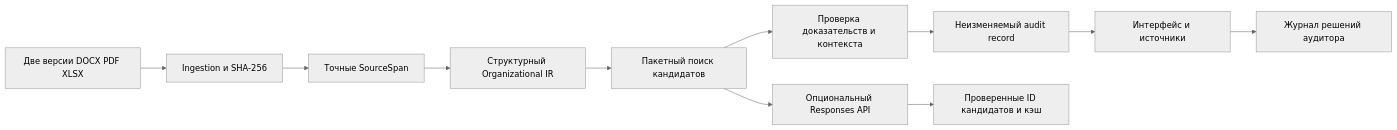
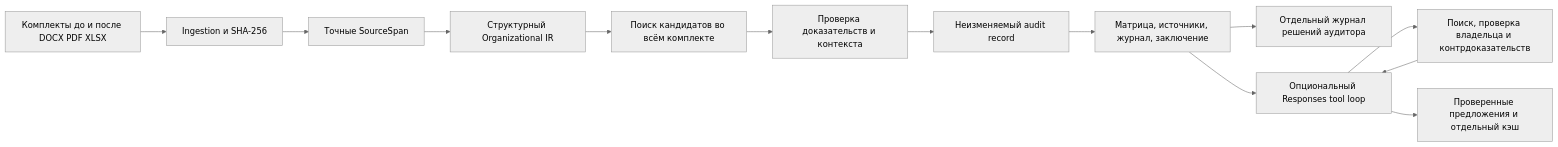
Before and after one commit to BAITC-Hacks/hack-001016ea-intent: the diagram in docs/architecture.md, drawn with Mermaid (neutral theme). The commit also changed other lines of this file and 32 other files, not shown here.

````diff
--- a/docs/architecture.md
+++ b/docs/architecture.md
@@ -7,13 +7,15 @@
 ```mermaid
 flowchart LR
-  U[Две версии DOCX PDF XLSX] --> I[Ingestion и SHA-256]
+  U[Комплекты до и после DOCX PDF XLSX] --> I[Ingestion и SHA-256]
   I --> S[Точные SourceSpan]
   S --> IR[Структурный Organizational IR]
-  IR --> C[Пакетный поиск кандидатов]
+  IR --> C[Поиск кандидатов во всём комплекте]
   C --> V[Проверка доказательств и контекста]
   V --> F[Неизменяемый audit record]
-  F --> UI[Интерфейс и источники]
-  UI --> H[Журнал решений аудитора]
-  C --> A[Опциональный Responses API]
-  A --> AC[Проверенные ID кандидатов и кэш]
+  F --> UI[Матрица, источники, журнал, заключение]
+  UI --> H[Отдельный журнал решений аудитора]
+  UI --> A[Опциональный Responses tool loop]
+  A --> T[Поиск, проверка владельца и контрдоказательств]
+  T --> A
+  A --> AC[Проверенные предложения и отдельный кэш]
 ```
````
